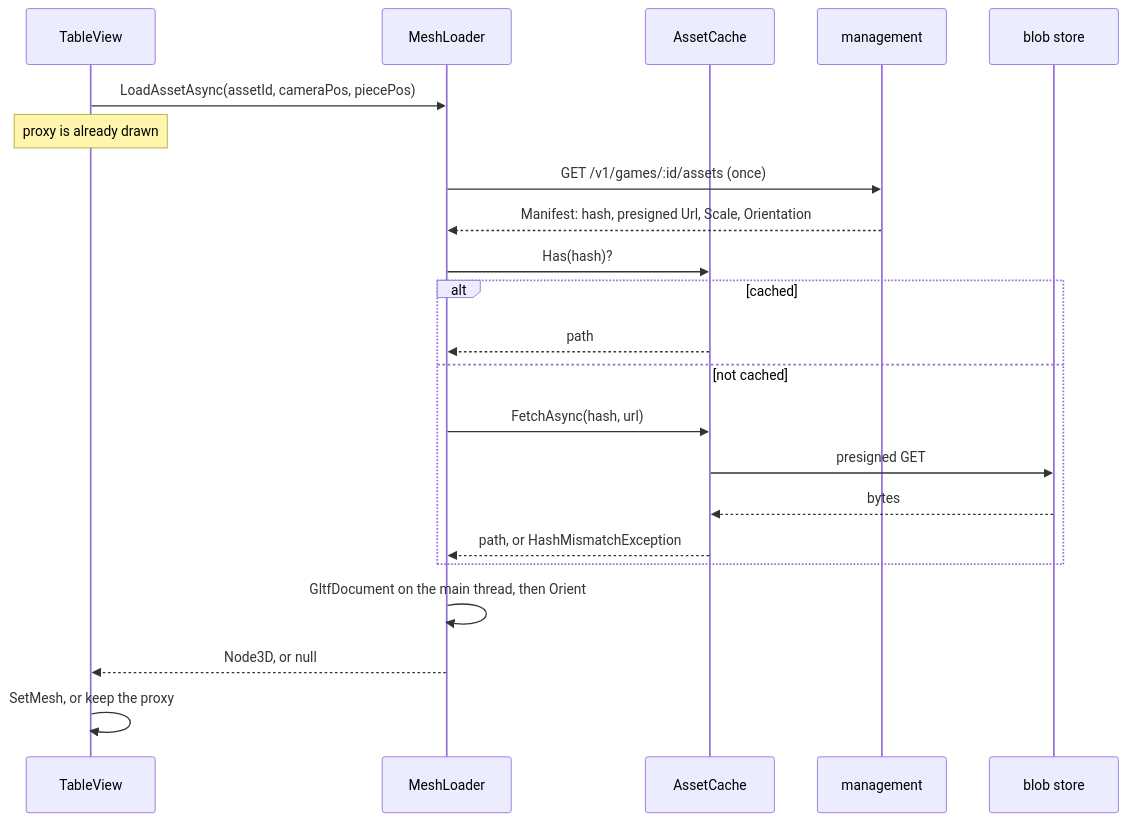
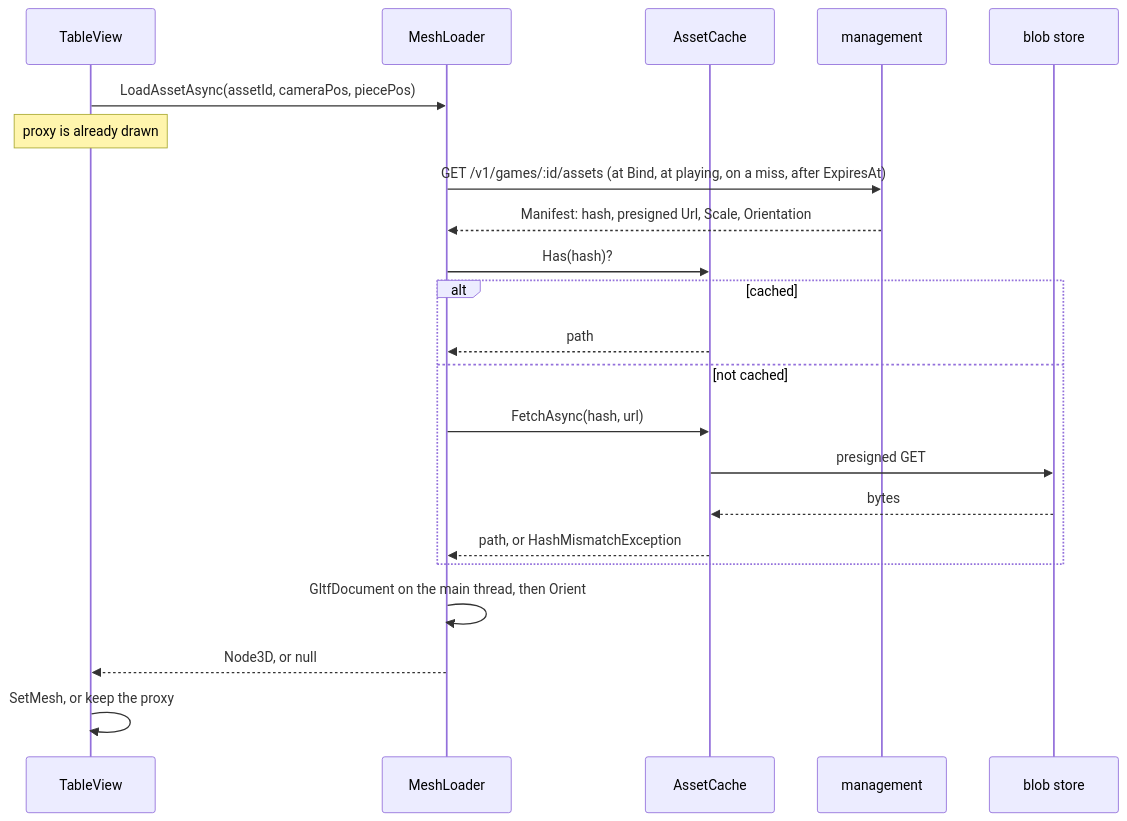
The sixth of 13 diagrams in docs/design/client/design.md (cstupi/tabletop), drawn with Mermaid before and after one commit. The commit also changed other lines of this file and 28 other files, not shown here.

````diff
--- a/docs/design/client/design.md
+++ b/docs/design/client/design.md
@@ -516,24 +526,24 @@
 ```mermaid
 sequenceDiagram
   participant TV as TableView
   participant ML as MeshLoader
   participant AC as AssetCache
   participant MG as management
   participant S3 as blob store
   TV->>ML: LoadAssetAsync(assetId, cameraPos, piecePos)
   Note over TV: proxy is already drawn
-  ML->>MG: GET /v1/games/:id/assets (once)
+  ML->>MG: GET /v1/games/:id/assets (at Bind, at playing, on a miss, after ExpiresAt)
   MG-->>ML: Manifest: hash, presigned Url, Scale, Orientation
   ML->>AC: Has(hash)?
   alt cached
     AC-->>ML: path
   else not cached
     ML->>AC: FetchAsync(hash, url)
     AC->>S3: presigned GET
     S3-->>AC: bytes
     AC-->>ML: path, or HashMismatchException
   end
   ML->>ML: GltfDocument on the main thread, then Orient
   ML-->>TV: Node3D, or null
   TV->>TV: SetMesh, or keep the proxy
 ```
````
